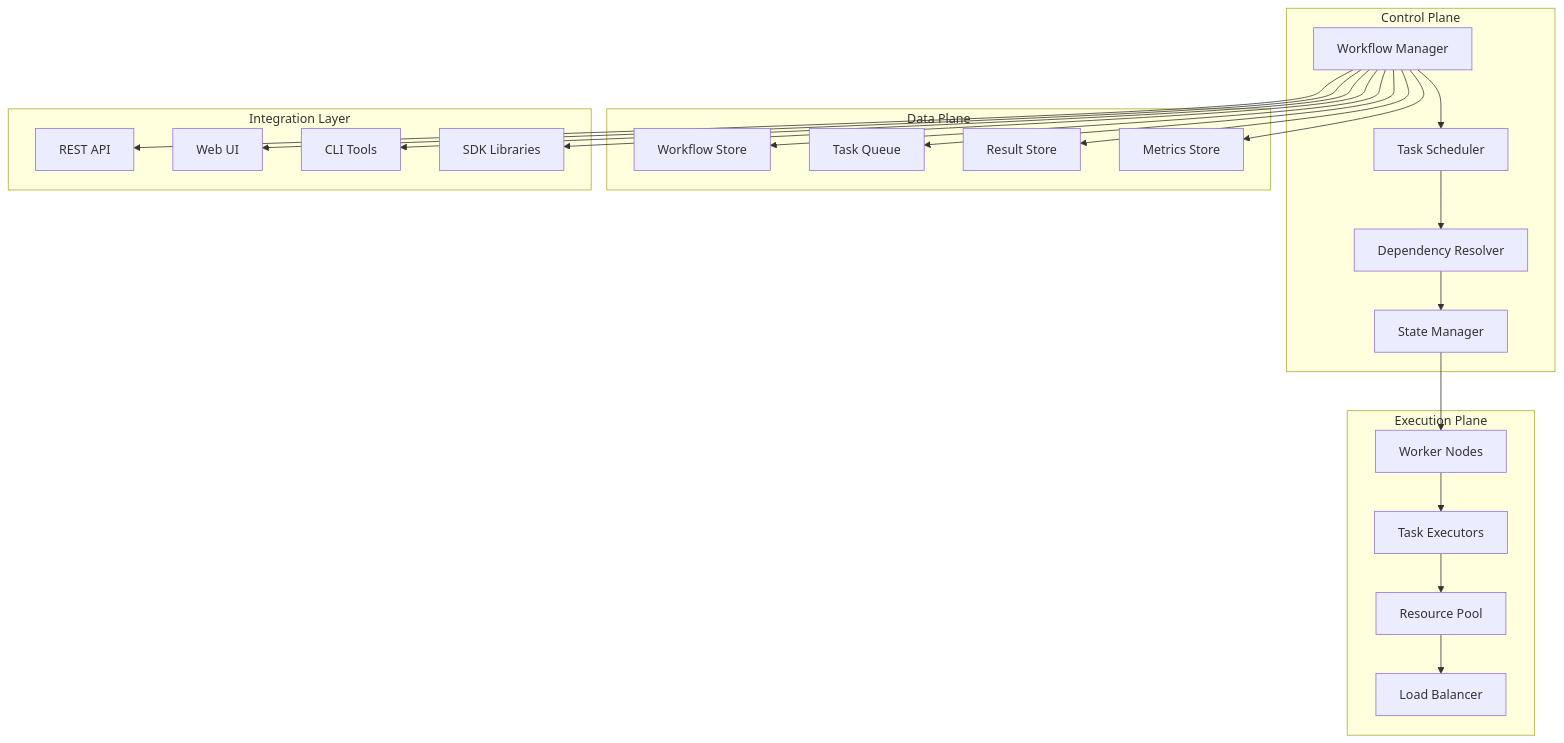
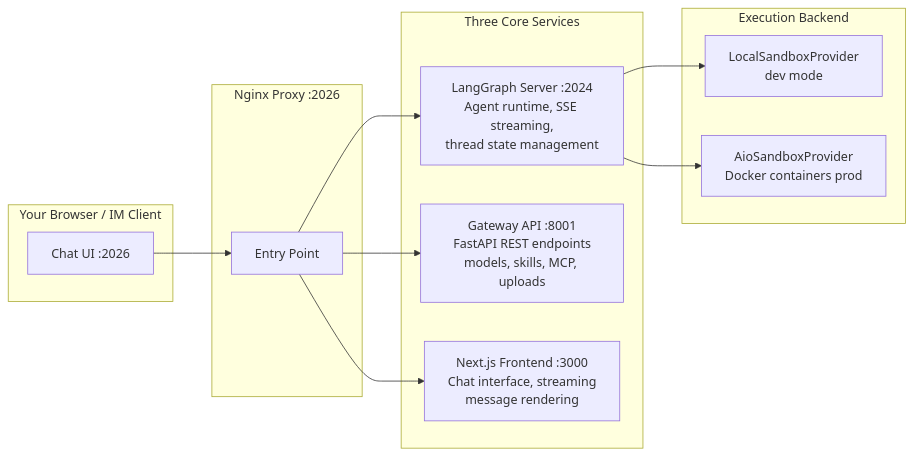
One commit to johnxie/awesome-code-docs changed the first of 2 diagrams in tutorials/deer-flow-tutorial/01-getting-started.md. Above: the diagram before and after it, drawn with Mermaid. The commit also changed other lines of this file and 1232 other files, not shown here.

````diff
--- a/tutorials/deer-flow-tutorial/01-getting-started.md
+++ b/tutorials/deer-flow-tutorial/01-getting-started.md
@@ -24,46 +49,28 @@
 ```mermaid
-graph TB
-    subgraph "Control Plane"
-        A[Workflow Manager]
-        B[Task Scheduler]
-        C[Dependency Resolver]
-        D[State Manager]
+graph LR
+    subgraph "Your Browser / IM Client"
+        A[Chat UI :2026]
     end
 
-    subgraph "Execution Plane"
-        E[Worker Nodes]
-        F[Task Executors]
-        G[Resource Pool]
-        H[Load Balancer]
+    subgraph "Nginx Proxy :2026"
+        B[Entry Point]
     end
 
-    subgraph "Data Plane"
-        I[Workflow Store]
-        J[Task Queue]
-        K[Result Store]
-        L[Metrics Store]
+    subgraph "Three Core Services"
+        C[LangGraph Server :2024<br/>Agent runtime, SSE streaming,<br/>thread state management]
+        D[Gateway API :8001<br/>FastAPI REST endpoints<br/>models, skills, MCP, uploads]
+        E[Next.js Frontend :3000<br/>Chat interface, streaming<br/>message rendering]
     end
 
-    subgraph "Integration Layer"
-        M[REST API]
-        N[Web UI]
-        O[CLI Tools]
-        P[SDK Libraries]
+    subgraph "Execution Backend"
+        F[LocalSandboxProvider<br/>dev mode]
+        G[AioSandboxProvider<br/>Docker containers prod]
     end
 
     A --> B
     B --> C
-    C --> D
-    D --> E
-    E --> F
-    F --> G
-    G --> H
-    A --> I
-    A --> J
-    A --> K
-    A --> L
-    A --> M
-    A --> N
-    A --> O
-    A --> P
+    B --> D
+    B --> E
+    C --> F
+    C --> G
 ```
````
